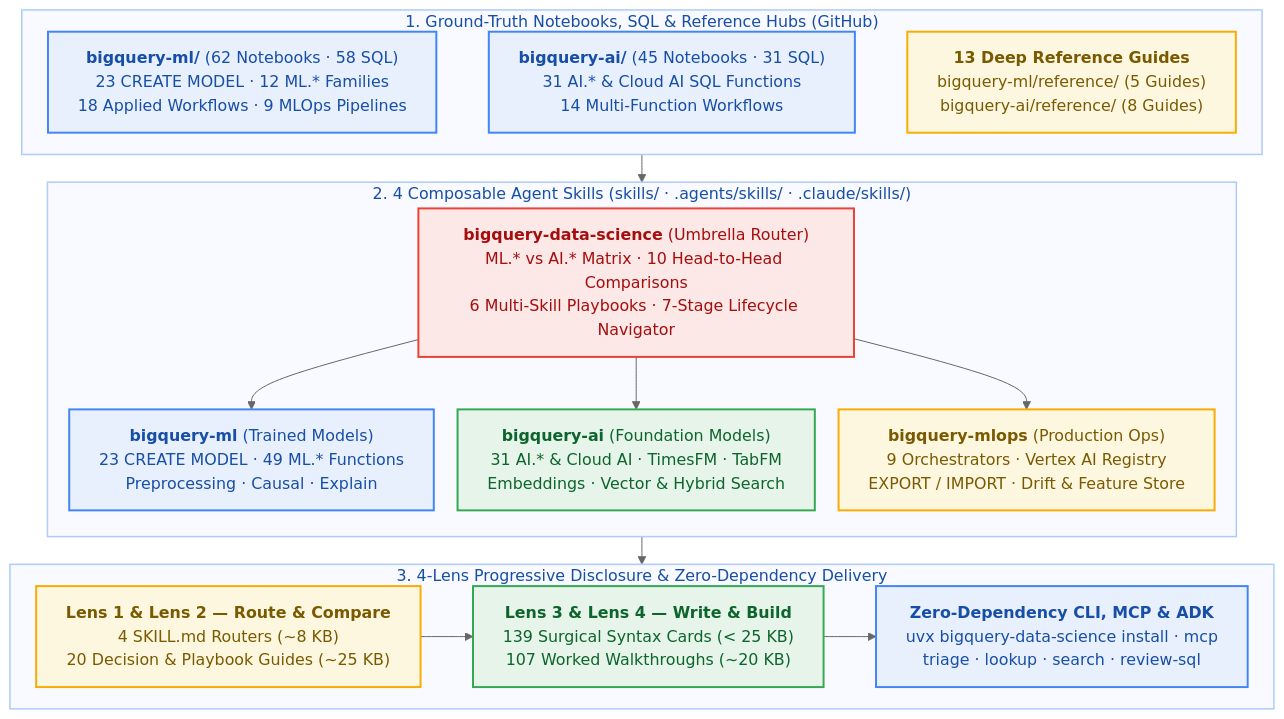
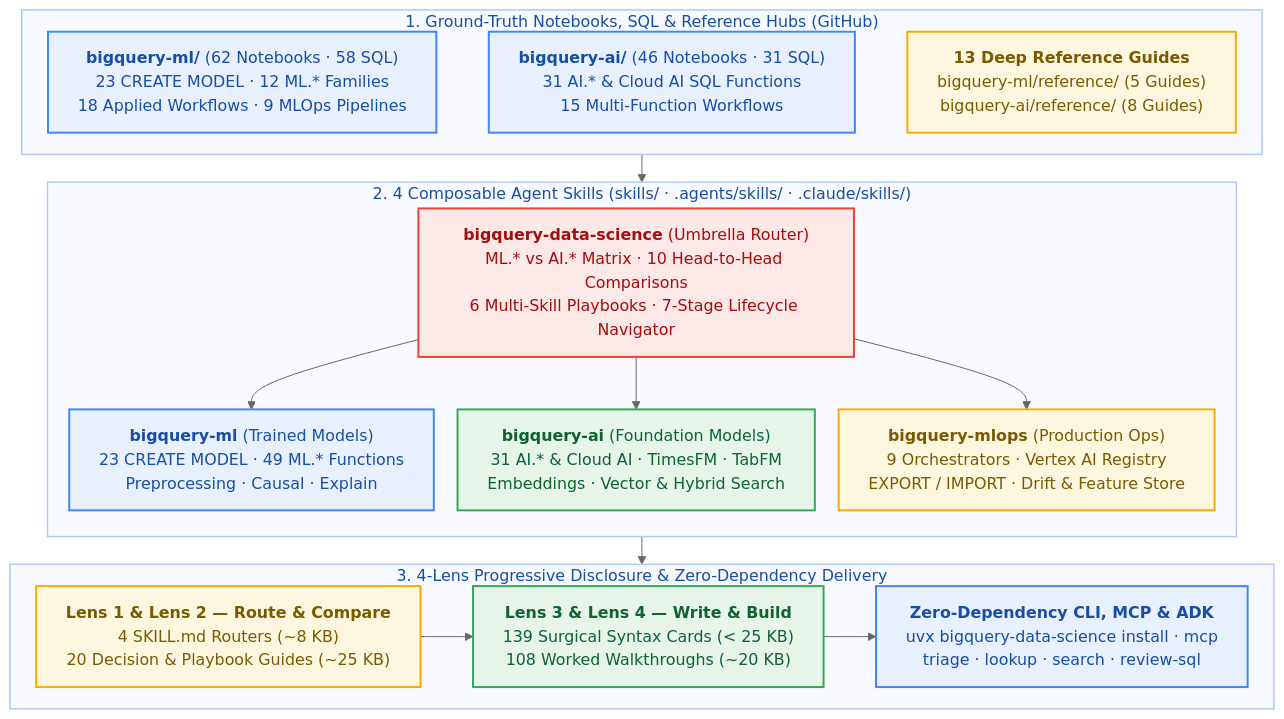
One commit to statmike/bigquery-data-science changed the diagram in README.md. Above: the diagram before and after it, drawn with Mermaid (neutral theme). The commit also changed other lines of this file and 51 other files, not shown here.

````diff
--- a/README.md
+++ b/README.md
@@ -16,45 +16,45 @@
 ```mermaid
 %%{init: {'flowchart': {'wrappingWidth': 380, 'nodeSpacing': 24, 'rankSpacing': 28}}}%%
 flowchart TD
     subgraph GT["1. Ground-Truth Notebooks, SQL & Reference Hubs (GitHub)"]
         direction LR
         BQML["<b>bigquery-ml/</b> (62 Notebooks · 58 SQL)<br/>23 CREATE MODEL · 12 ML.* Families<br/>18 Applied Workflows · 9 MLOps Pipelines"]
-        BQAI["<b>bigquery-ai/</b> (45 Notebooks · 31 SQL)<br/>31 AI.* & Cloud AI SQL Functions<br/>14 Multi-Function Workflows"]
+        BQAI["<b>bigquery-ai/</b> (46 Notebooks · 31 SQL)<br/>31 AI.* & Cloud AI SQL Functions<br/>15 Multi-Function Workflows"]
         REFS["<b>13 Deep Reference Guides</b><br/>bigquery-ml/reference/ (5 Guides)<br/>bigquery-ai/reference/ (8 Guides)"]
         BQML ~~~ BQAI ~~~ REFS
     end
 
     subgraph SKILLS["2. 4 Composable Agent Skills (skills/ · .agents/skills/ · .claude/skills/)"]
         direction TB
         ROUTER["<b>bigquery-data-science</b> (Umbrella Router)<br/>ML.* vs AI.* Matrix · 10 Head-to-Head Comparisons<br/>6 Multi-Skill Playbooks · 7-Stage Lifecycle Navigator"]
         S_ML["<b>bigquery-ml</b> (Trained Models)<br/>23 CREATE MODEL · 49 ML.* Functions<br/>Preprocessing · Causal · Explain"]
         S_AI["<b>bigquery-ai</b> (Foundation Models)<br/>31 AI.* & Cloud AI · TimesFM · TabFM<br/>Embeddings · Vector & Hybrid Search"]
         S_OPS["<b>bigquery-mlops</b> (Production Ops)<br/>9 Orchestrators · Vertex AI Registry<br/>EXPORT / IMPORT · Drift & Feature Store"]
         ROUTER --> S_ML
         ROUTER --> S_AI
         ROUTER --> S_OPS
     end
 
     subgraph LENS["3. 4-Lens Progressive Disclosure & Zero-Dependency Delivery"]
         direction LR
         L12["<b>Lens 1 & Lens 2 — Route & Compare</b><br/>4 SKILL.md Routers (~8 KB)<br/>20 Decision & Playbook Guides (~25 KB)"]
-        L34["<b>Lens 3 & Lens 4 — Write & Build</b><br/>139 Surgical Syntax Cards (< 25 KB)<br/>107 Worked Walkthroughs (~20 KB)"]
+        L34["<b>Lens 3 & Lens 4 — Write & Build</b><br/>139 Surgical Syntax Cards (< 25 KB)<br/>108 Worked Walkthroughs (~20 KB)"]
         DELIV["<b>Zero-Dependency CLI, MCP & ADK</b><br/>uvx bigquery-data-science install · mcp<br/>triage · lookup · search · review-sql"]
         L12 --> L34 --> DELIV
     end
 
     GT --> SKILLS --> LENS
 
     style GT fill:#F8FAFF,stroke:#AECBFA,stroke-width:1.5px,color:#174EA6
     style SKILLS fill:#F8FAFF,stroke:#AECBFA,stroke-width:1.5px,color:#174EA6
     style LENS fill:#F8FAFF,stroke:#AECBFA,stroke-width:1.5px,color:#174EA6
 
     classDef data fill:#E8F0FE,stroke:#4285F4,stroke-width:2px,color:#174EA6
     classDef config fill:#FEF7E0,stroke:#F9AB00,stroke-width:2px,color:#7A5A00
     classDef route fill:#FCE8E6,stroke:#EA4335,stroke-width:2px,color:#A50E0E
     classDef compute fill:#E6F4EA,stroke:#34A853,stroke-width:2px,color:#0D652D
     class BQML,BQAI,S_ML,DELIV data
     class REFS,S_OPS,L12 config
     class ROUTER route
     class S_AI,L34 compute
 ```
````
